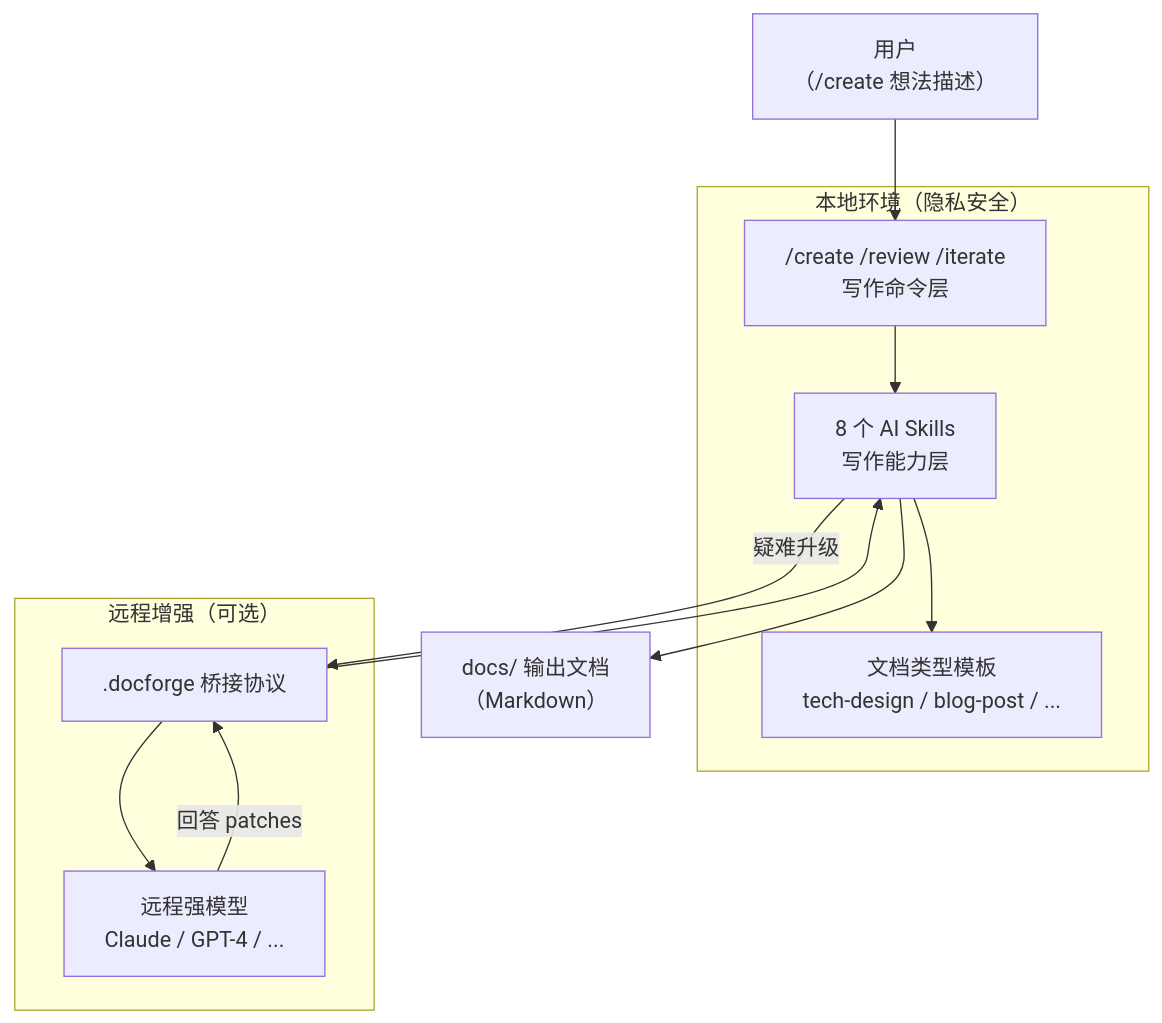
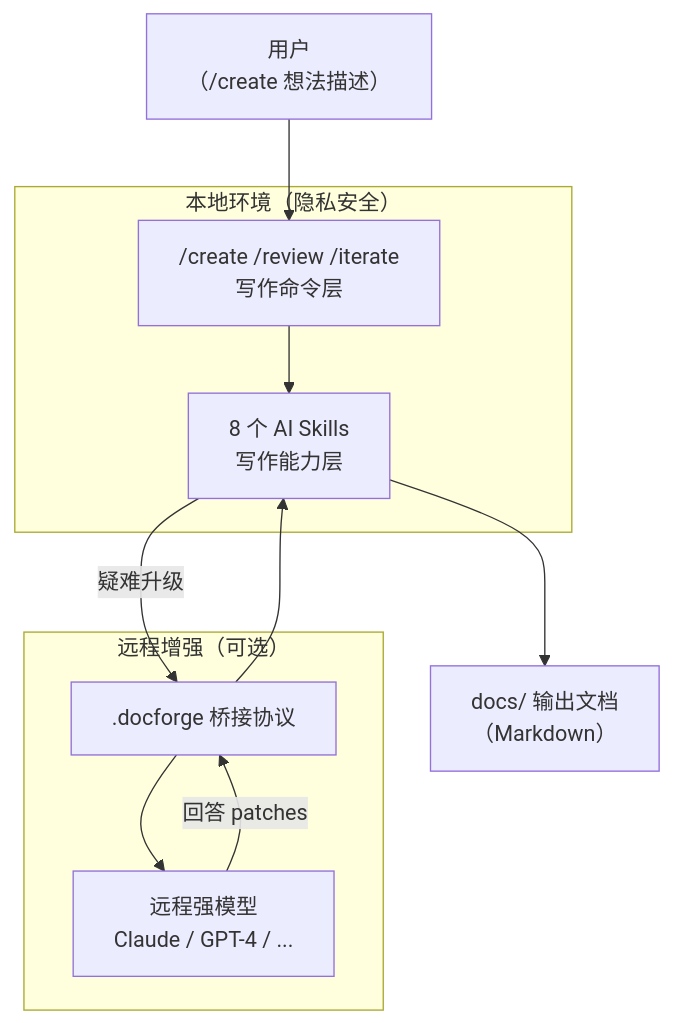
One commit to maxiee/MaeDoc changed the diagram in README.md. Above: the diagram before and after it, drawn with Mermaid. The commit also changed other lines of this file and 13 other files, not shown here.

````diff
--- a/README.md
+++ b/README.md
@@ -268,26 +235,24 @@
 ```mermaid
 graph TD
     User["用户\n（/create 想法描述）"]
 
     subgraph Local["本地环境（隐私安全）"]
         Commands["/create /review /iterate\n写作命令层"]
         Skills["8 个 AI Skills\n写作能力层"]
-        Templates["文档类型模板\ntech-design / blog-post / ..."]
     end
 
     subgraph Remote["远程增强（可选）"]
         Bridge[".docforge 桥接协议"]
         RemoteModel["远程强模型\nClaude / GPT-4 / ..."]
     end
 
     Docs["docs/ 输出文档\n（Markdown）"]
 
     User --> Commands
     Commands --> Skills
-    Skills --> Templates
     Skills --> Docs
     Skills -->|"疑难升级"| Bridge
     Bridge --> RemoteModel
     RemoteModel -->|"回答 patches"| Bridge
     Bridge --> Skills
 ```
````
